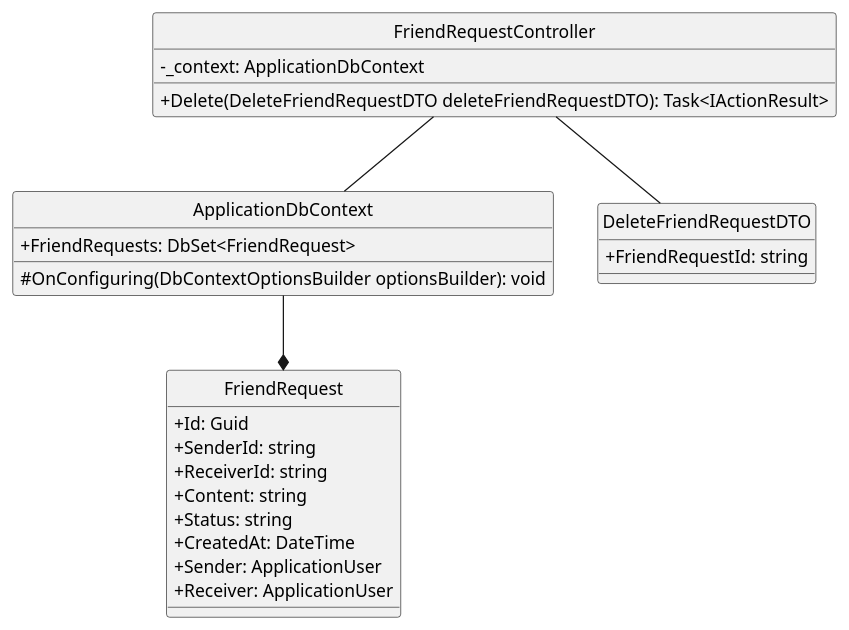
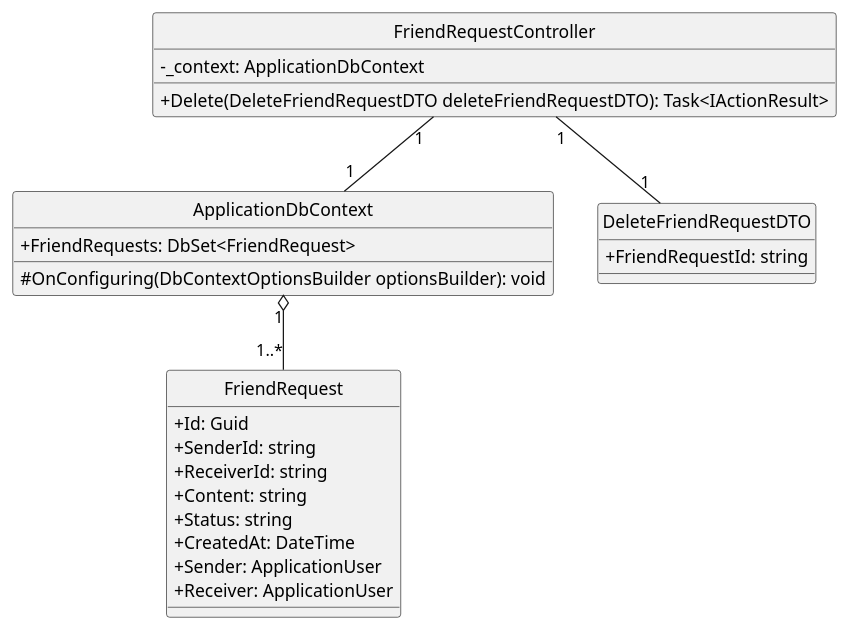
One commit to Carl-Johnsons/Chat-Application changed the diagram in docs/Class Diagram/Identity/DeleteFriendRequest/ClassDiagram.plantuml. Above: the diagram before and after it, drawn with PlantUML. The commit also changed 11 other files, not shown here.

```diff
--- a/docs/Class Diagram/Identity/DeleteFriendRequest/ClassDiagram.plantuml
+++ b/docs/Class Diagram/Identity/DeleteFriendRequest/ClassDiagram.plantuml
@@ -1,33 +1,33 @@
 @startuml deleteFriendRequest
 hide circle
 skinparam classAttributeIconSize 0
 class FriendRequestController {
     - _context: ApplicationDbContext
     + Delete(DeleteFriendRequestDTO deleteFriendRequestDTO): Task<IActionResult>
 }
 
 class ApplicationDbContext {
     + FriendRequests: DbSet<FriendRequest> 
     # OnConfiguring(DbContextOptionsBuilder optionsBuilder): void
 }
 
 
 class DeleteFriendRequestDTO {
     + FriendRequestId: string
 }
 
 class FriendRequest {
     + Id: Guid
     + SenderId: string 
     + ReceiverId: string 
     + Content: string 
     + Status: string 
     + CreatedAt: DateTime
     + Sender: ApplicationUser 
     + Receiver: ApplicationUser 
 }
 
-FriendRequestController -- ApplicationDbContext
-FriendRequestController -- DeleteFriendRequestDTO
-ApplicationDbContext --* FriendRequest
+FriendRequestController "1" -- "1" ApplicationDbContext
+FriendRequestController "1" -- "1" DeleteFriendRequestDTO
+ApplicationDbContext "1" o-- "1..*" FriendRequest
 @enduml
```
